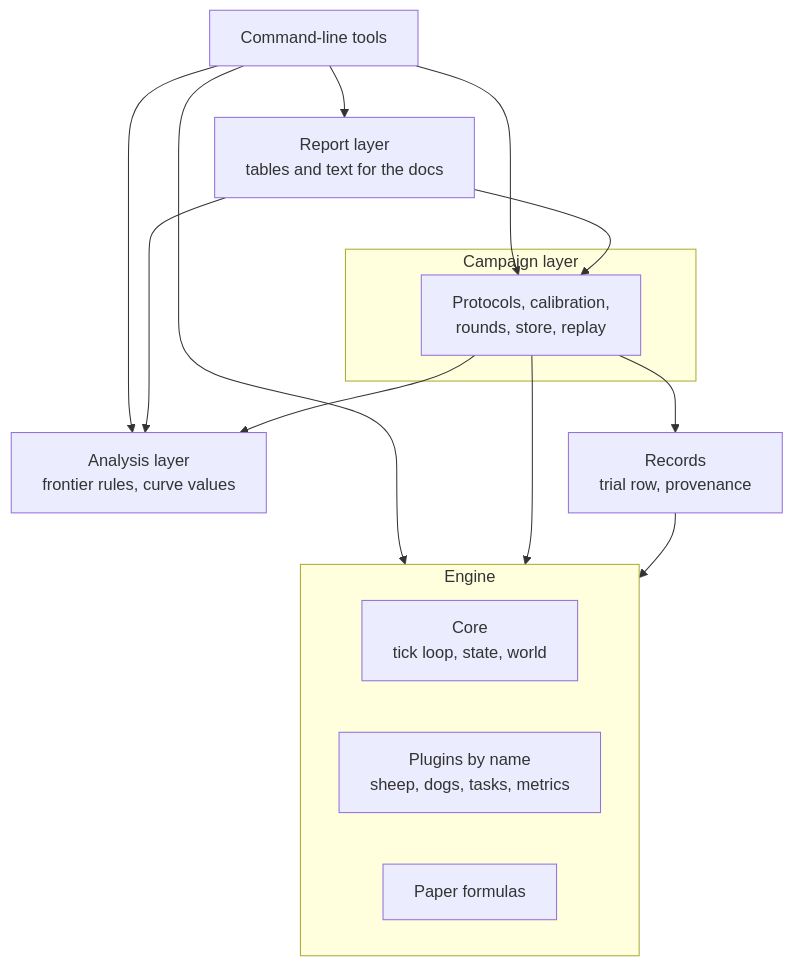
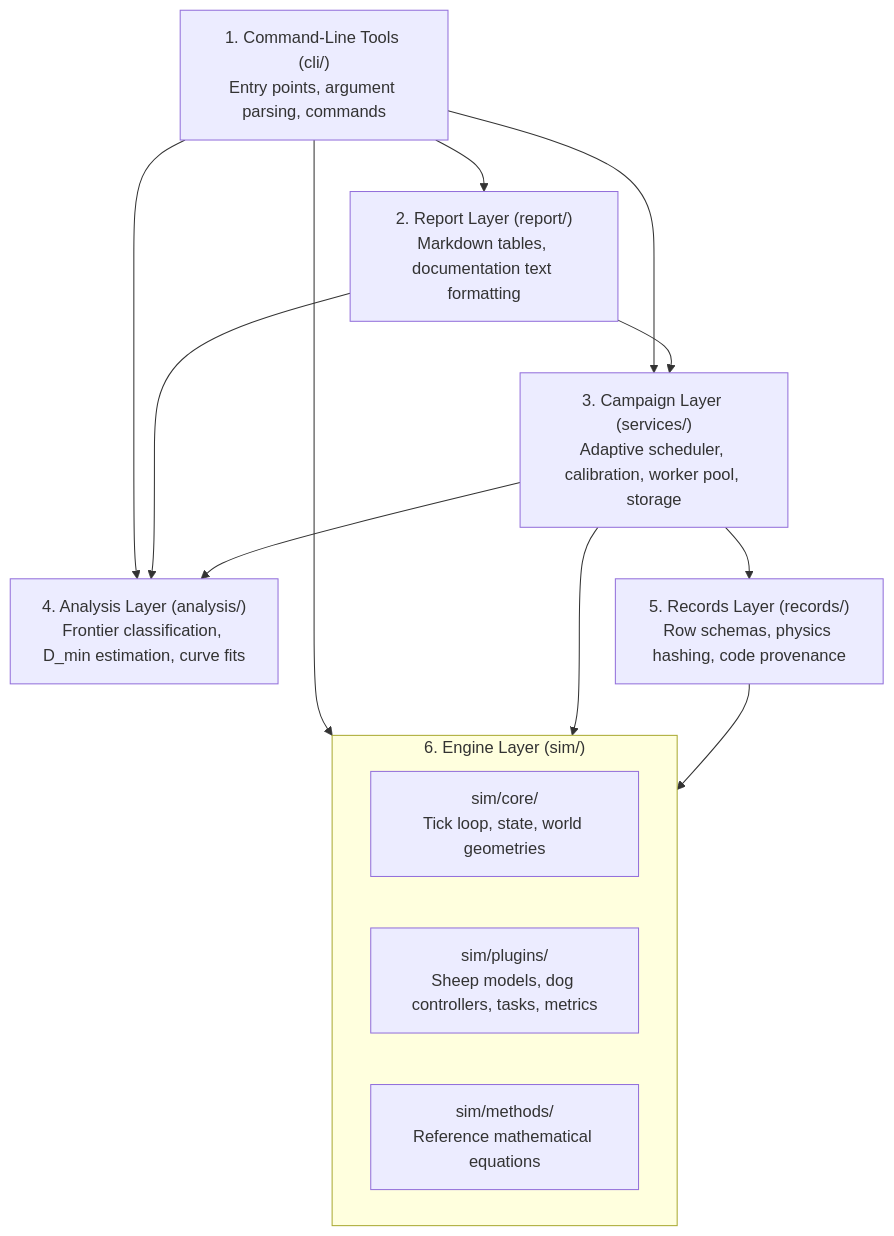
One commit to lykimq/HerdSim changed the second of 3 diagrams in docs/codes/architecture.md. Above: the diagram before and after it, drawn with Mermaid. The commit also changed other lines of this file and 6 other files, not shown here.

Commit message:
simplify the architecture

````diff
--- a/docs/codes/architecture.md
+++ b/docs/codes/architecture.md
@@ -33,25 +65,24 @@
 ```mermaid
 flowchart TB
-    tools["Command-line tools"]
-    report["Report layer<br/>tables and text for the docs"]
-    subgraph run["Campaign layer"]
-        campaign["Protocols, calibration,<br/>rounds, store, replay"]
+    tools["1. Command-Line Tools (cli/)<br/>Entry points, argument parsing, commands"]
+    report["2. Report Layer (report/)<br/>Markdown tables, documentation text formatting"]
+    campaign["3. Campaign Layer (services/)<br/>Adaptive scheduler, calibration, worker pool, storage"]
+    analysis["4. Analysis Layer (analysis/)<br/>Frontier classification, D_min estimation, curve fits"]
+    records["5. Records Layer (records/)<br/>Row schemas, physics hashing, code provenance"]
+    subgraph engine ["6. Engine Layer (sim/)"]
+        core["sim/core/<br/>Tick loop, state, world geometries"]
+        plugins["sim/plugins/<br/>Sheep models, dog controllers, tasks, metrics"]
+        formulas["sim/methods/<br/>Reference mathematical equations"]
     end
-    analysis["Analysis layer<br/>frontier rules, curve values"]
-    records["Records<br/>trial row, provenance"]
-    subgraph engine["Engine"]
-        core["Core<br/>tick loop, state, world"]
-        plugins["Plugins by name<br/>sheep, dogs, tasks, metrics"]
-        formulas["Paper formulas"]
-    end
+
     tools --> report
     tools --> campaign
     tools --> analysis
     tools --> engine
     report --> campaign
     report --> analysis
     campaign --> analysis
     campaign --> records
     campaign --> engine
     records --> engine
 ```
````
